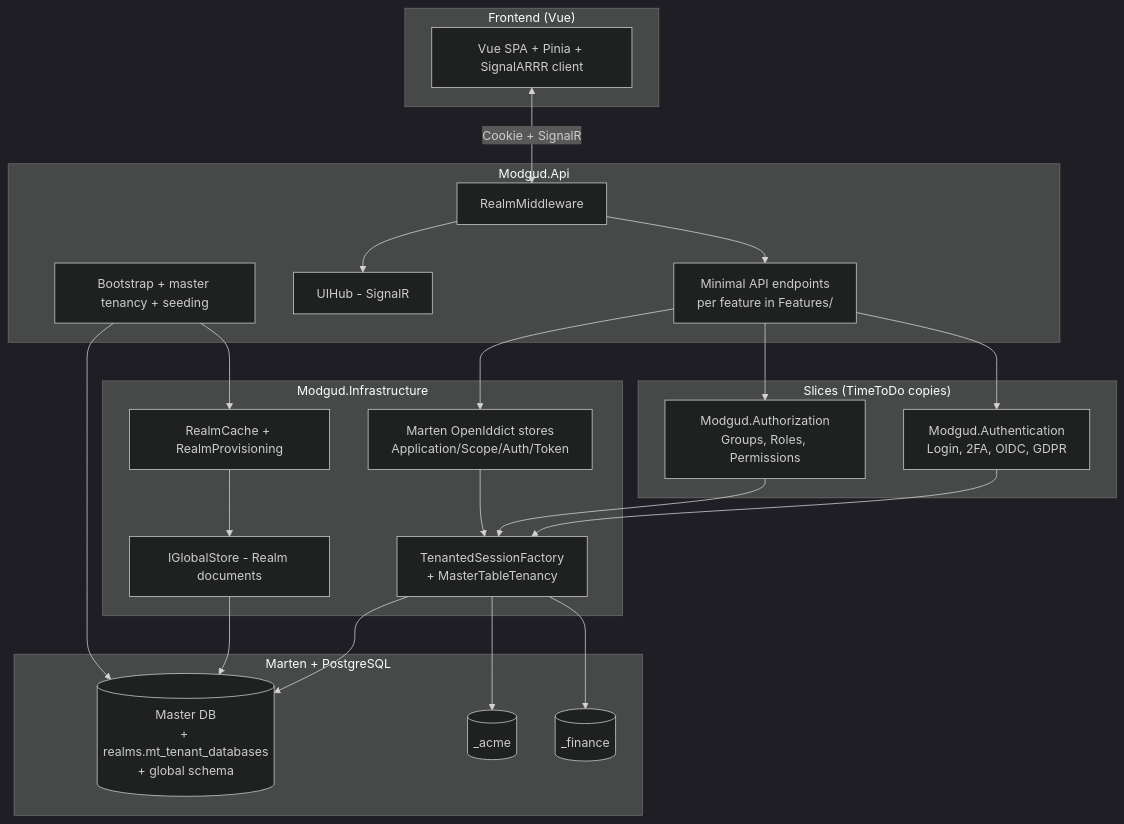
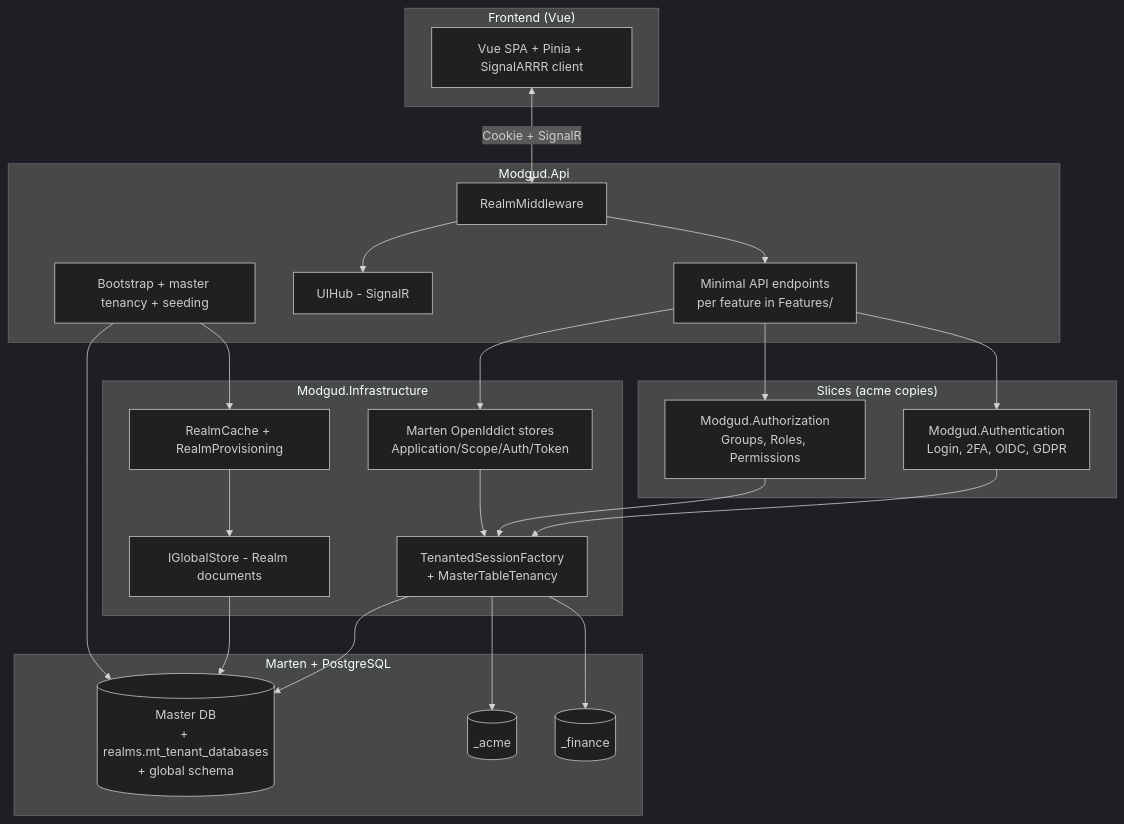
Before and after one commit to cocoar-dev/modgud: the diagram in website/guide/architecture.md, drawn with Mermaid (dark theme). The commit also changed 6 other files, not shown here.

````diff
--- a/website/guide/architecture.md
+++ b/website/guide/architecture.md
@@ -23,48 +23,48 @@
 ```mermaid
 graph TB
     subgraph FrontEnd ["Frontend (Vue)"]
         SPA["Vue SPA + Pinia + SignalARRR client"]
     end
 
     subgraph Api ["Modgud.Api"]
         MW[RealmMiddleware]
         Endpoints[Minimal API endpoints<br/>per feature in Features/]
         Hub[UIHub - SignalR]
         Setup[Bootstrap + master tenancy + seeding]
     end
 
-    subgraph Slices ["Slices (TimeToDo copies)"]
+    subgraph Slices ["Slices (acme copies)"]
         Authn[Modgud.Authentication<br/>Login, 2FA, OIDC, GDPR]
         Authz[Modgud.Authorization<br/>Groups, Roles, Permissions]
     end
 
     subgraph Infra ["Modgud.Infrastructure"]
         Tenancy[TenantedSessionFactory<br/>+ MasterTableTenancy]
         OpenIddictStores[Marten OpenIddict stores<br/>Application/Scope/Auth/Token]
         Realms[RealmCache + RealmProvisioning]
         IGlobalStore[IGlobalStore - Realm documents]
     end
 
     subgraph DataLayer ["Marten + PostgreSQL"]
         Master[(Master DB<br/>+ realms.mt_tenant_databases<br/>+ global schema)]
         TenantA[(<master-db>_acme)]
         TenantB[(<master-db>_finance)]
     end
 
     SPA <-->|Cookie + SignalR| MW
     MW --> Endpoints
     MW --> Hub
     Endpoints --> Authn
     Endpoints --> Authz
     Endpoints --> OpenIddictStores
     Authn --> Tenancy
     Authz --> Tenancy
     OpenIddictStores --> Tenancy
     Realms --> IGlobalStore
     Tenancy --> Master
     Tenancy --> TenantA
     Tenancy --> TenantB
     IGlobalStore --> Master
     Setup --> Master
     Setup --> Realms
 ```
````
